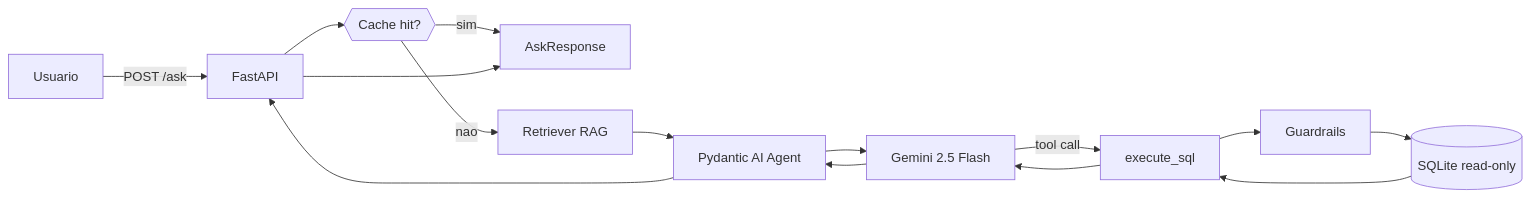
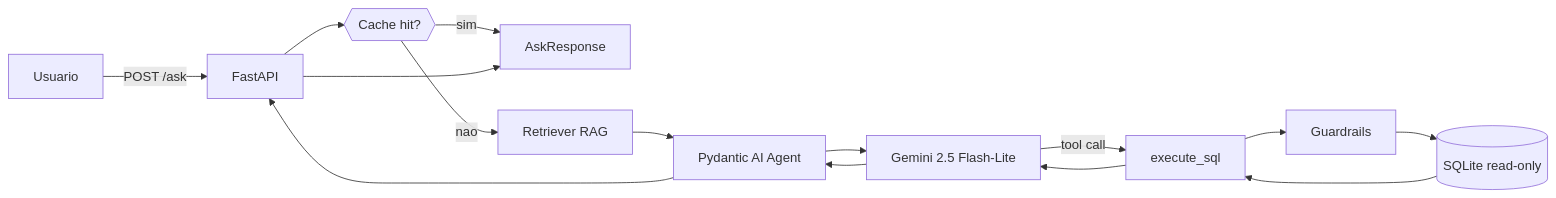
One commit to SilvioFittipald1/Atividade-GenAI changed the first of 4 diagrams in backend/ExplicacaoBackend.md. Above: the diagram before and after it, drawn with Mermaid. The commit also changed other lines of this file and 3 other files, not shown here.

````diff
--- a/backend/ExplicacaoBackend.md
+++ b/backend/ExplicacaoBackend.md
@@ -31,17 +31,17 @@
 ```mermaid
 flowchart LR
   User["Usuario"] -->|"POST /ask"| API["FastAPI"]
   API --> Cache{{"Cache hit?"}}
   Cache -->|"sim"| Resp["AskResponse"]
   Cache -->|"nao"| RAG["Retriever RAG"]
   RAG --> Agent["Pydantic AI Agent"]
-  Agent --> Gemini["Gemini 2.5 Flash"]
+  Agent --> Gemini["Gemini 2.5 Flash-Lite"]
   Gemini -->|"tool call"| Tool["execute_sql"]
   Tool --> Guard["Guardrails"]
   Guard --> DB[("SQLite read-only")]
   DB --> Tool
   Tool --> Gemini
   Gemini --> Agent
   Agent --> API
   API --> Resp
 ```
````
